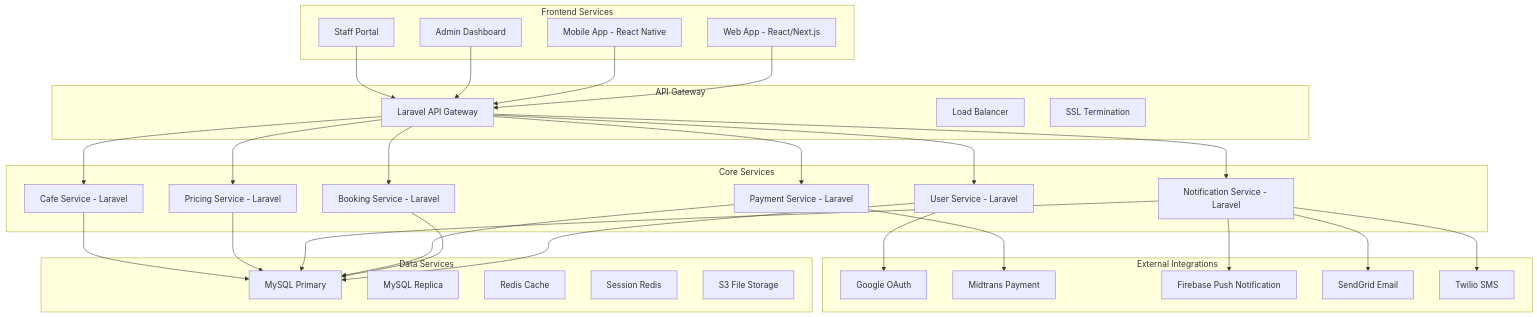
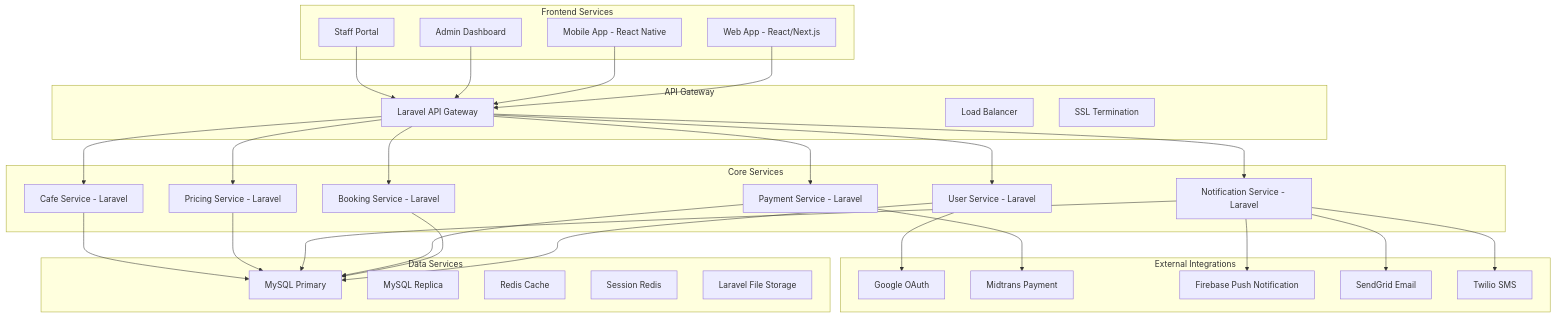
The third of 7 diagrams in Planing/04-arsitektur-sistem.md (BlackCoffeee/raujan_pool), drawn with Mermaid before and after one commit. The commit also changed other lines of this file and 6 other files, not shown here.

First line of the commit message:
feat: replace AWS S3 file storage with Laravel Storage

````diff
--- a/Planing/04-arsitektur-sistem.md
+++ b/Planing/04-arsitektur-sistem.md
@@ -145,65 +145,65 @@
 ```mermaid
 graph TB
     subgraph "Frontend Services"
         FS1[Web App - React/Next.js]
         FS2[Mobile App - React Native]
         FS3[Admin Dashboard]
         FS4[Staff Portal]
     end
 
     subgraph "API Gateway"
         AG1[Laravel API Gateway]
         AG2[Load Balancer]
         AG3[SSL Termination]
     end
 
     subgraph "Core Services"
         CS1[User Service - Laravel]
         CS2[Booking Service - Laravel]
         CS3[Payment Service - Laravel]
         CS4[Notification Service - Laravel]
         CS5[Pricing Service - Laravel]
         CS6[Cafe Service - Laravel]
     end
 
     subgraph "Data Services"
         DS1[MySQL Primary]
         DS2[MySQL Replica]
         DS3[Redis Cache]
         DS4[Session Redis]
-        DS5[S3 File Storage]
+        DS5[Laravel File Storage]
     end
 
     subgraph "External Integrations"
         EI1[Google OAuth]
         EI2[Midtrans Payment]
         EI3[Firebase Push Notification]
         EI4[SendGrid Email]
         EI5[Twilio SMS]
     end
 
     FS1 --> AG1
     FS2 --> AG1
     FS3 --> AG1
     FS4 --> AG1
 
     AG1 --> CS1
     AG1 --> CS2
     AG1 --> CS3
     AG1 --> CS4
     AG1 --> CS5
     AG1 --> CS6
 
     CS1 --> DS1
     CS2 --> DS1
     CS3 --> DS1
     CS4 --> DS1
     CS5 --> DS1
     CS6 --> DS1
 
     CS1 --> EI1
     CS3 --> EI2
     CS4 --> EI3
     CS4 --> EI4
     CS4 --> EI5
 ```
````
